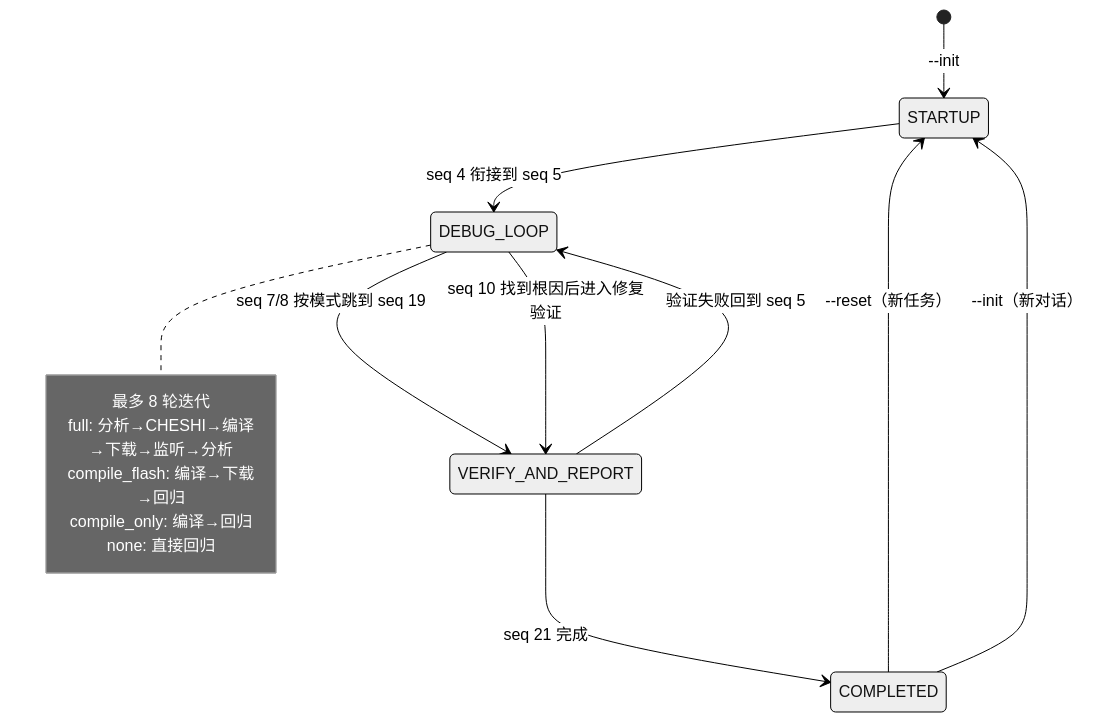
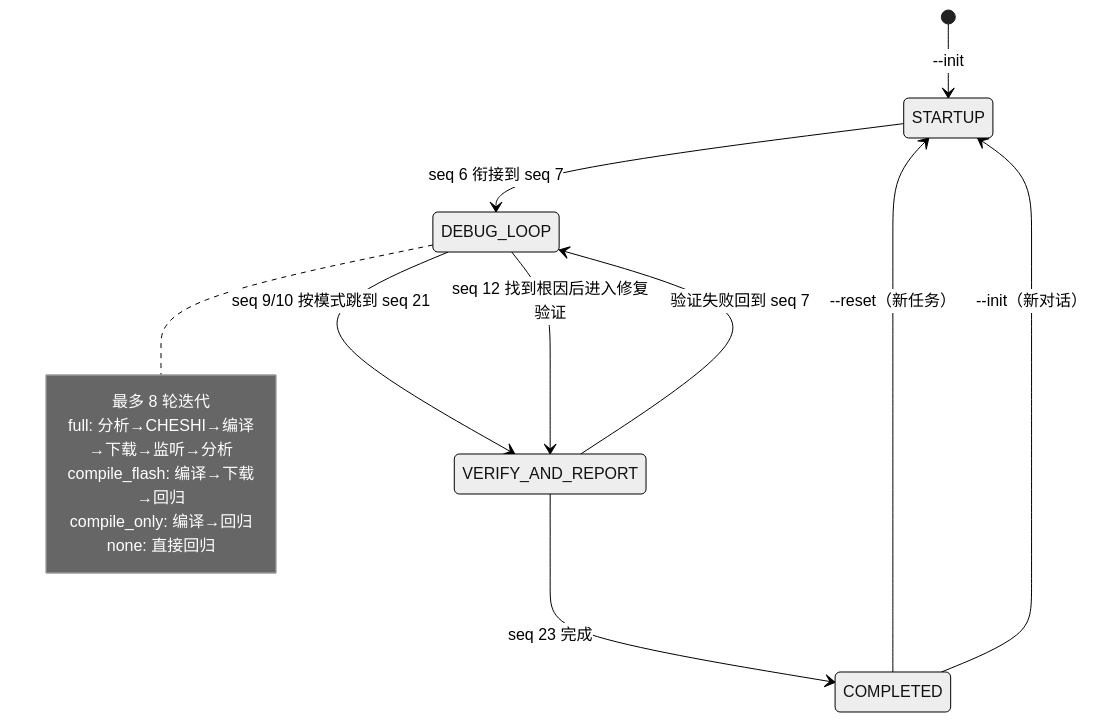
Before and after one commit to kzl31/embedded-debug-workflow: the third of 3 diagrams in refs/workflow-diagram.md, drawn with Mermaid (neutral theme). The commit also changed other lines of this file and 5 other files, not shown here.

````diff
--- a/refs/workflow-diagram.md
+++ b/refs/workflow-diagram.md
@@ -72,20 +75,20 @@
 ```mermaid
 stateDiagram-v2
     [*] --> STARTUP: --init
-    STARTUP --> DEBUG_LOOP: seq 4 衔接到 seq 5
-    DEBUG_LOOP --> VERIFY_AND_REPORT: seq 7/8 按模式跳到 seq 19
-    DEBUG_LOOP --> VERIFY_AND_REPORT: seq 10 找到根因后进入修复验证
-    VERIFY_AND_REPORT --> DEBUG_LOOP: 验证失败回到 seq 5
-    VERIFY_AND_REPORT --> COMPLETED: seq 21 完成
+    STARTUP --> DEBUG_LOOP: seq 6 衔接到 seq 7
+    DEBUG_LOOP --> VERIFY_AND_REPORT: seq 9/10 按模式跳到 seq 21
+    DEBUG_LOOP --> VERIFY_AND_REPORT: seq 12 找到根因后进入修复验证
+    VERIFY_AND_REPORT --> DEBUG_LOOP: 验证失败回到 seq 7
+    VERIFY_AND_REPORT --> COMPLETED: seq 23 完成
 
     COMPLETED --> STARTUP: --reset（新任务）
     COMPLETED --> STARTUP: --init（新对话）
 
     note right of DEBUG_LOOP
         最多 8 轮迭代
         full: 分析→CHESHI→编译→下载→监听→分析
         compile_flash: 编译→下载→回归
         compile_only: 编译→回归
         none: 直接回归
     end note
 ```
````
